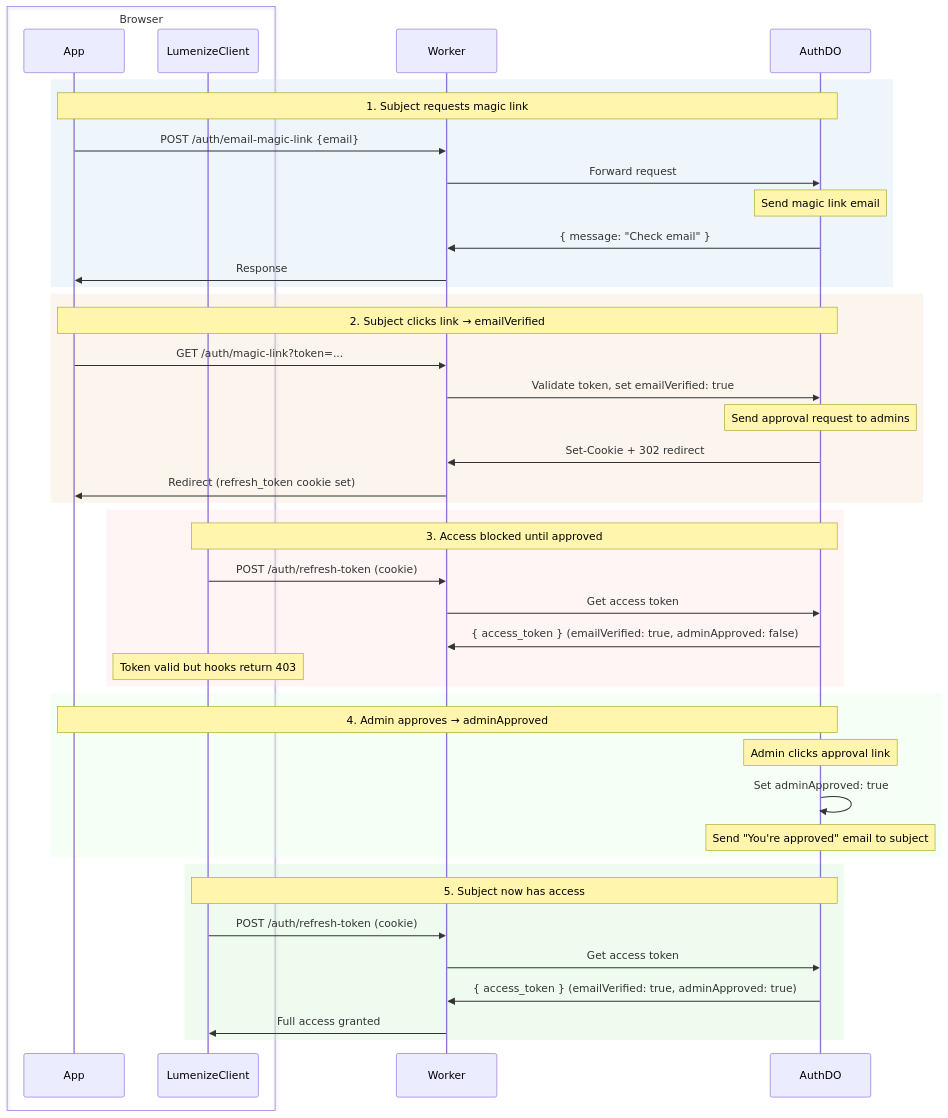
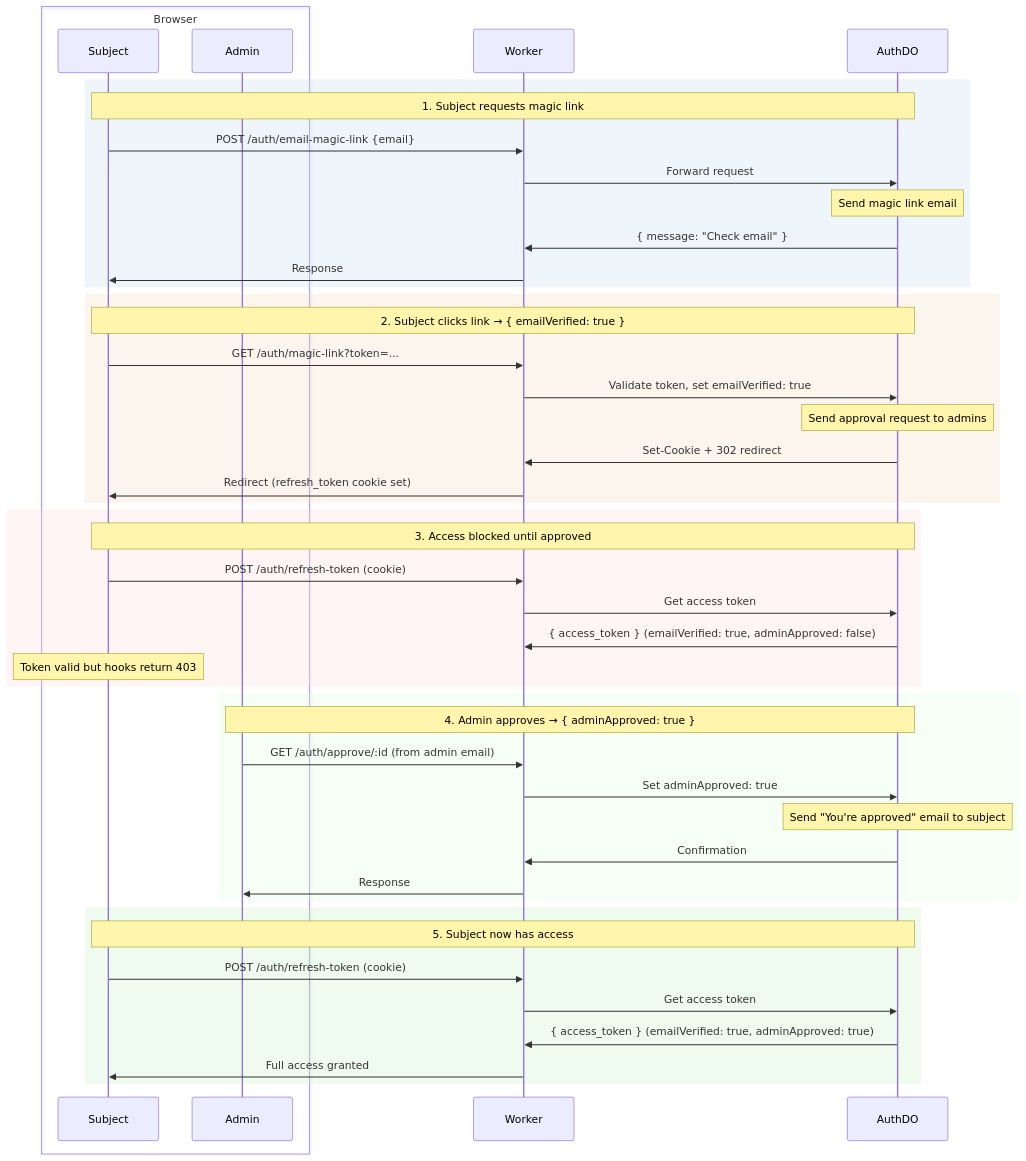
Before and after one commit to lumenize/lumenize: the first of 2 diagrams in website/docs/auth/index.mdx, drawn with Mermaid. The commit also changed other lines of this file and 9 other files, not shown here.

Commit message:
WiP on doc-first design for @lumenize/auth refactor

````diff
--- a/website/docs/auth/index.mdx
+++ b/website/docs/auth/index.mdx
@@ -57,50 +64,52 @@
 ```mermaid
 sequenceDiagram
     box Browser
-        participant App
-        participant Client as LumenizeClient
+        participant Subject
+        participant Admin
     end
     participant Worker
     participant AuthDO
 
     rect rgba(200, 220, 240, 0.3)
-        Note over App,AuthDO: 1. Subject requests magic link
-        App->>Worker: POST /auth/email-magic-link {email}
+        Note over Subject,AuthDO: 1. Subject requests magic link
+        Subject->>Worker: POST /auth/email-magic-link {email}
         Worker->>AuthDO: Forward request
         Note over AuthDO: Send magic link email
         AuthDO->>Worker: { message: "Check email" }
-        Worker->>App: Response
+        Worker->>Subject: Response
     end
 
     rect rgba(240, 220, 200, 0.3)
-        Note over App,AuthDO: 2. Subject clicks link → emailVerified
-        App->>Worker: GET /auth/magic-link?token=...
+        Note over Subject,AuthDO: 2. Subject clicks link → { emailVerified: true }
+        Subject->>Worker: GET /auth/magic-link?token=...
         Worker->>AuthDO: Validate token, set emailVerified: true
         Note over AuthDO: Send approval request to admins
         AuthDO->>Worker: Set-Cookie + 302 redirect
-        Worker->>App: Redirect (refresh_token cookie set)
+        Worker->>Subject: Redirect (refresh_token cookie set)
     end
 
     rect rgba(255, 220, 220, 0.3)
-        Note over Client,AuthDO: 3. Access blocked until approved
-        Client->>Worker: POST /auth/refresh-token (cookie)
+        Note over Subject,AuthDO: 3. Access blocked until approved
+        Subject->>Worker: POST /auth/refresh-token (cookie)
         Worker->>AuthDO: Get access token
         AuthDO->>Worker: { access_token } (emailVerified: true, adminApproved: false)
-        Note over Client: Token valid but hooks return 403
+        Note over Subject: Token valid but hooks return 403
     end
 
     rect rgba(220, 255, 220, 0.3)
-        Note over App,AuthDO: 4. Admin approves → adminApproved
-        Note over AuthDO: Admin clicks approval link
-        AuthDO->>AuthDO: Set adminApproved: true
+        Note over Admin,AuthDO: 4. Admin approves → { adminApproved: true }
+        Admin->>Worker: GET /auth/approve/:id (from admin email)
+        Worker->>AuthDO: Set adminApproved: true
         Note over AuthDO: Send "You're approved" email to subject
+        AuthDO->>Worker: Confirmation
+        Worker->>Admin: Response
     end
 
     rect rgba(200, 240, 200, 0.3)
-        Note over Client,AuthDO: 5. Subject now has access
-        Client->>Worker: POST /auth/refresh-token (cookie)
+        Note over Subject,AuthDO: 5. Subject now has access
+        Subject->>Worker: POST /auth/refresh-token (cookie)
         Worker->>AuthDO: Get access token
         AuthDO->>Worker: { access_token } (emailVerified: true, adminApproved: true)
-        Worker->>Client: Full access granted
+        Worker->>Subject: Full access granted
     end
 ```
````
